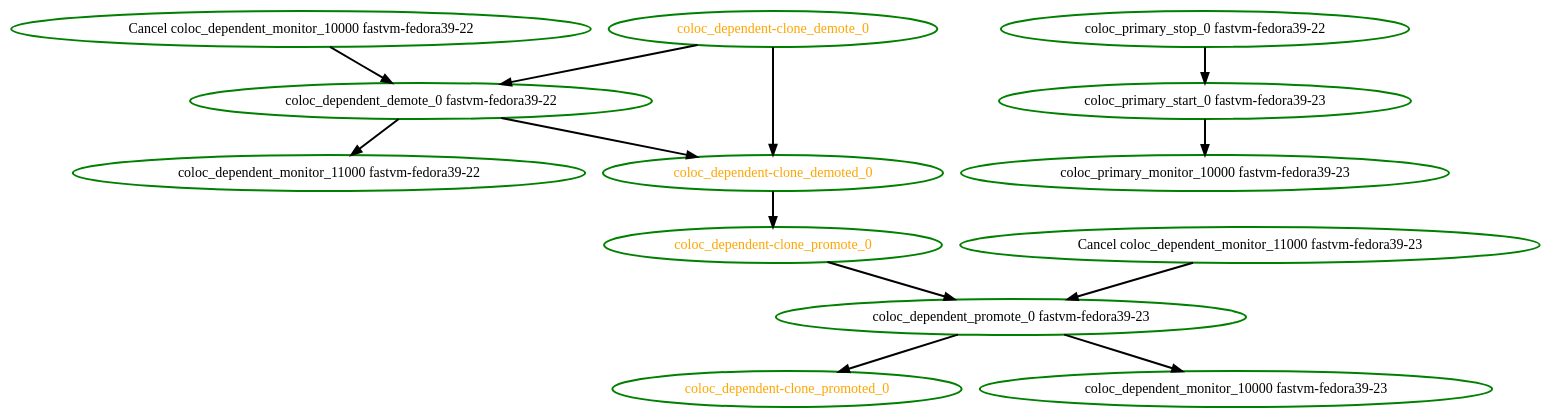
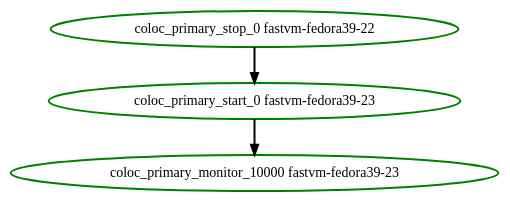
The diagram in cts/scheduler/dot/coloc-optional-promoted-dependent-stays-2.dot (ClusterLabs/pacemaker), drawn with Graphviz before and after one commit. The commit also changed 12 other files, not shown here.

```diff
--- a/cts/scheduler/dot/coloc-optional-promoted-dependent-stays-2.dot
+++ b/cts/scheduler/dot/coloc-optional-promoted-dependent-stays-2.dot
@@ -1,27 +1,7 @@
  digraph "g" {
-"Cancel coloc_dependent_monitor_10000 fastvm-fedora39-22" -> "coloc_dependent_demote_0 fastvm-fedora39-22" [ style = bold]
-"Cancel coloc_dependent_monitor_10000 fastvm-fedora39-22" [ style=bold color="green" fontcolor="black"]
-"Cancel coloc_dependent_monitor_11000 fastvm-fedora39-23" -> "coloc_dependent_promote_0 fastvm-fedora39-23" [ style = bold]
-"Cancel coloc_dependent_monitor_11000 fastvm-fedora39-23" [ style=bold color="green" fontcolor="black"]
-"coloc_dependent-clone_demote_0" -> "coloc_dependent-clone_demoted_0" [ style = bold]
-"coloc_dependent-clone_demote_0" -> "coloc_dependent_demote_0 fastvm-fedora39-22" [ style = bold]
-"coloc_dependent-clone_demote_0" [ style=bold color="green" fontcolor="orange"]
-"coloc_dependent-clone_demoted_0" -> "coloc_dependent-clone_promote_0" [ style = bold]
-"coloc_dependent-clone_demoted_0" [ style=bold color="green" fontcolor="orange"]
-"coloc_dependent-clone_promote_0" -> "coloc_dependent_promote_0 fastvm-fedora39-23" [ style = bold]
-"coloc_dependent-clone_promote_0" [ style=bold color="green" fontcolor="orange"]
-"coloc_dependent-clone_promoted_0" [ style=bold color="green" fontcolor="orange"]
-"coloc_dependent_demote_0 fastvm-fedora39-22" -> "coloc_dependent-clone_demoted_0" [ style = bold]
-"coloc_dependent_demote_0 fastvm-fedora39-22" -> "coloc_dependent_monitor_11000 fastvm-fedora39-22" [ style = bold]
-"coloc_dependent_demote_0 fastvm-fedora39-22" [ style=bold color="green" fontcolor="black"]
-"coloc_dependent_monitor_10000 fastvm-fedora39-23" [ style=bold color="green" fontcolor="black"]
-"coloc_dependent_monitor_11000 fastvm-fedora39-22" [ style=bold color="green" fontcolor="black"]
-"coloc_dependent_promote_0 fastvm-fedora39-23" -> "coloc_dependent-clone_promoted_0" [ style = bold]
-"coloc_dependent_promote_0 fastvm-fedora39-23" -> "coloc_dependent_monitor_10000 fastvm-fedora39-23" [ style = bold]
-"coloc_dependent_promote_0 fastvm-fedora39-23" [ style=bold color="green" fontcolor="black"]
 "coloc_primary_monitor_10000 fastvm-fedora39-23" [ style=bold color="green" fontcolor="black"]
 "coloc_primary_start_0 fastvm-fedora39-23" -> "coloc_primary_monitor_10000 fastvm-fedora39-23" [ style = bold]
 "coloc_primary_start_0 fastvm-fedora39-23" [ style=bold color="green" fontcolor="black"]
 "coloc_primary_stop_0 fastvm-fedora39-22" -> "coloc_primary_start_0 fastvm-fedora39-23" [ style = bold]
 "coloc_primary_stop_0 fastvm-fedora39-22" [ style=bold color="green" fontcolor="black"]
 }
```
